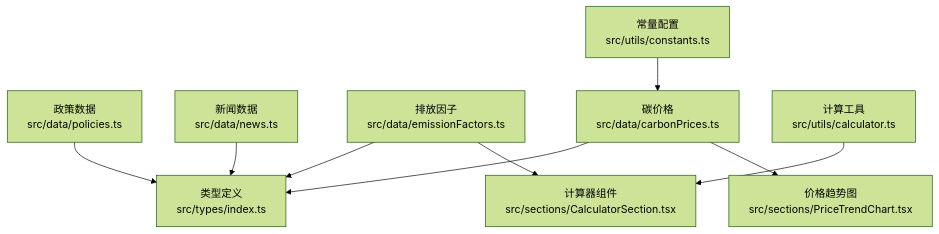
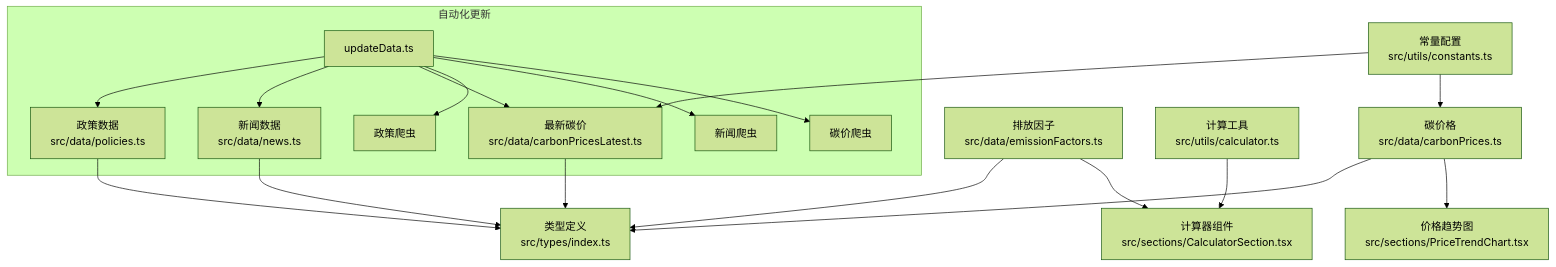
Before and after one commit to liangxuanliang-cmd/carbon-info-agent: the second of 8 diagrams in .qoder/repowiki/zh/content/数据管理/数据处理与转换.md, drawn with Mermaid (forest theme). The commit also changed other lines of this file and 21 other files, not shown here.

````diff
--- a/.qoder/repowiki/zh/content/数据管理/数据处理与转换.md
+++ b/.qoder/repowiki/zh/content/数据管理/数据处理与转换.md
@@ -111,11 +159,21 @@
 ```mermaid
 graph TB
 P["政策数据<br/>src/data/policies.ts"] --> F["类型定义<br/>src/types/index.ts"]
 N["新闻数据<br/>src/data/news.ts"] --> F
 E["排放因子<br/>src/data/emissionFactors.ts"] --> F
 C["碳价格<br/>src/data/carbonPrices.ts"] --> F
+CL["最新碳价<br/>src/data/carbonPricesLatest.ts"] --> F
 K["常量配置<br/>src/utils/constants.ts"] --> C
+K --> CL
 Calc["计算工具<br/>src/utils/calculator.ts"] --> UI1["计算器组件<br/>src/sections/CalculatorSection.tsx"]
 E --> UI1
 C --> UI2["价格趋势图<br/>src/sections/PriceTrendChart.tsx"]
+subgraph "自动化更新"
+Auto["updateData.ts"] --> P
+Auto --> N
+Auto --> CL
+Auto --> S1["政策爬虫"]
+Auto --> S2["新闻爬虫"]
+Auto --> S3["碳价爬虫"]
+end
 ```
````
